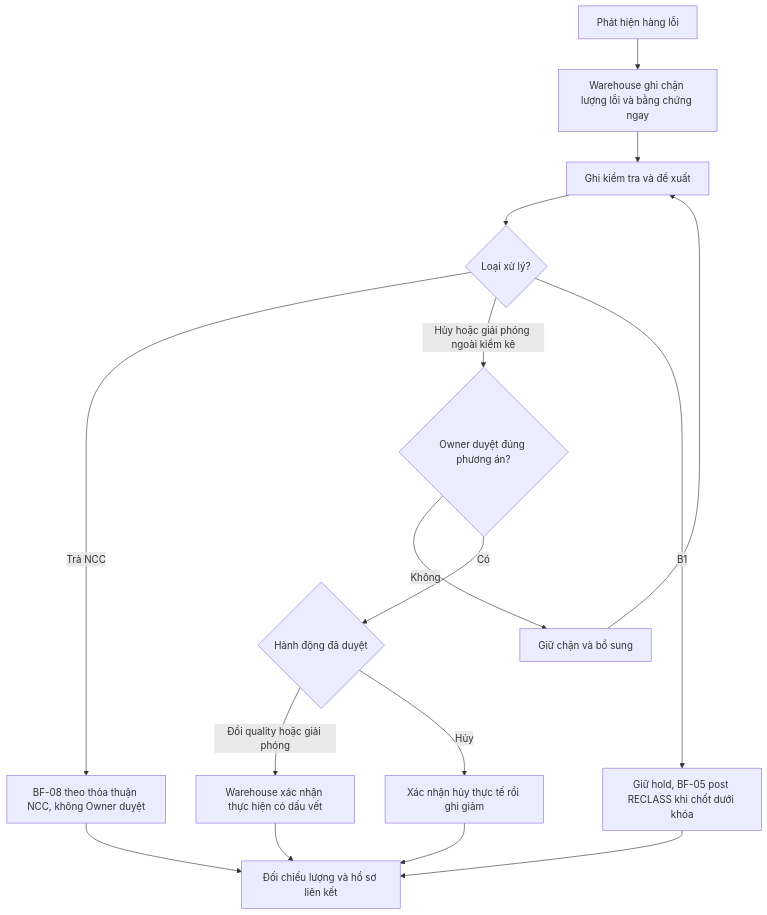
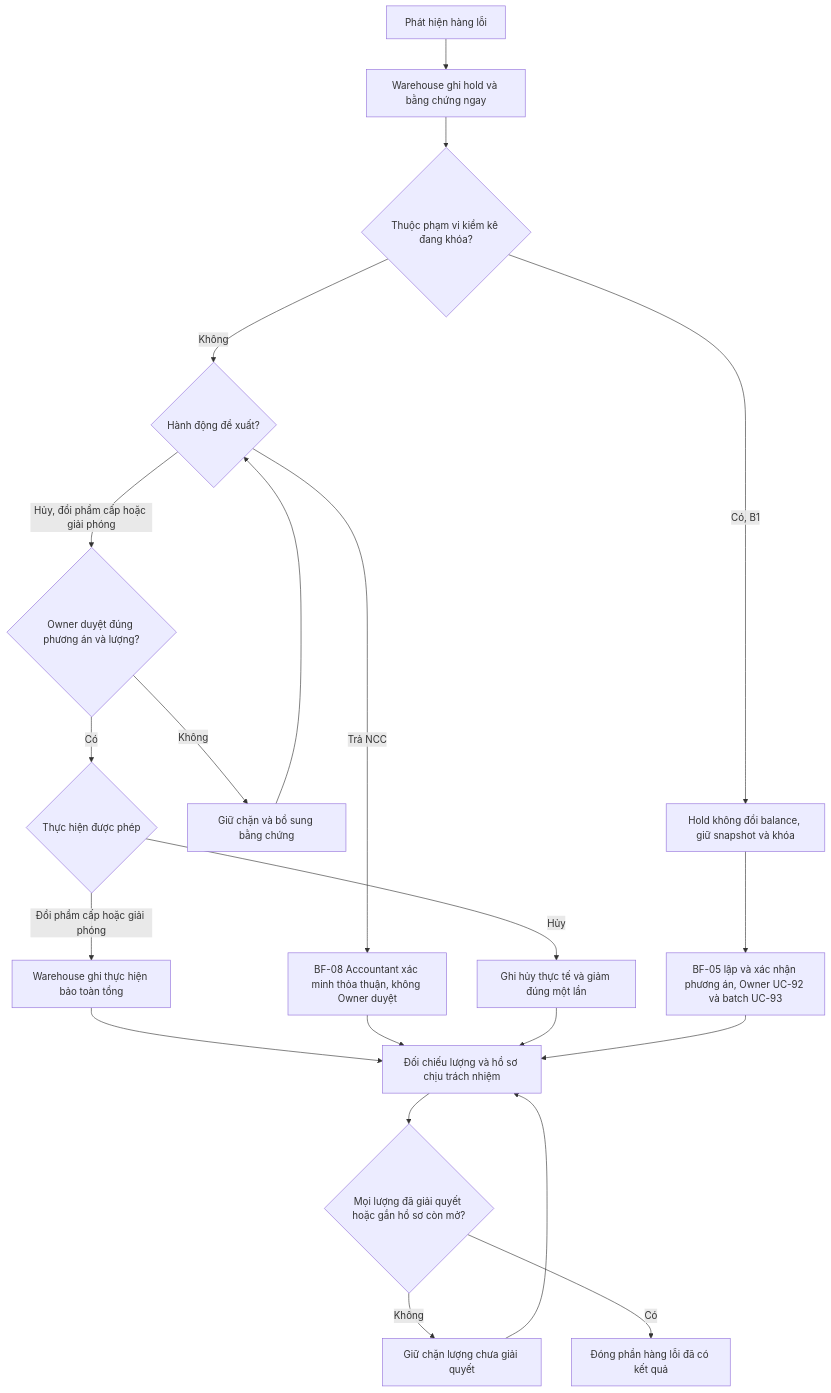
One commit to minhbach032003/docs_doan changed the third of 9 diagrams in docs/02_nghiep_vu/de_xuat_quy_trinh_2_VI.md. Above: the diagram before and after it, drawn with Mermaid. The commit also changed other lines of this file and 25 other files, not shown here.

````diff
--- a/docs/02_nghiep_vu/de_xuat_quy_trinh_2_VI.md
+++ b/docs/02_nghiep_vu/de_xuat_quy_trinh_2_VI.md
@@ -690,18 +698,24 @@
 ```mermaid
+%% WMSD business baseline 3.1.0 - synchronized 2026-10-25
 flowchart TD
- A[Phát hiện hàng lỗi] --> B[Warehouse ghi chặn lượng lỗi và bằng chứng ngay]
- B --> C[Ghi kiểm tra và đề xuất]
- C --> X{Loại xử lý?}
- X -->|Trả NCC| H[BF-08 theo thỏa thuận NCC, không Owner duyệt]
- X -->|Hủy hoặc giải phóng ngoài kiểm kê| D{Owner duyệt đúng phương án?}
- D -->|Không| E[Giữ chặn và bổ sung]
- E --> C
- D -->|Có| F{Hành động đã duyệt}
- F -->|Đổi quality hoặc giải phóng| G[Warehouse xác nhận thực hiện có dấu vết]
- F -->|Hủy| I[Xác nhận hủy thực tế rồi ghi giảm]
- X -->|B1| K[Giữ hold, BF-05 post RECLASS khi chốt dưới khóa]
- G --> J[Đối chiếu lượng và hồ sơ liên kết]
+ A[Phát hiện hàng lỗi] --> B[Warehouse ghi hold và bằng chứng ngay]
+ B --> C{Thuộc phạm vi kiểm kê đang khóa?}
+ C -->|Có, B1| K[Hold không đổi balance, giữ snapshot và khóa]
+ K --> K2[BF-05 lập và xác nhận phương án, Owner UC-92 và batch UC-93]
+ C -->|Không| X{Hành động đề xuất?}
+ X -->|Trả NCC| H[BF-08 Accountant xác minh thỏa thuận, không Owner duyệt]
+ X -->|Hủy, đổi phẩm cấp hoặc giải phóng| D{Owner duyệt đúng phương án và lượng?}
+ D -->|Không| E[Giữ chặn và bổ sung bằng chứng]
+ E --> X
+ D -->|Có| F{Thực hiện được phép}
+ F -->|Đổi phẩm cấp hoặc giải phóng| G[Warehouse ghi thực hiện bảo toàn tổng]
+ F -->|Hủy| I[Ghi hủy thực tế và giảm đúng một lần]
+ G --> J[Đối chiếu lượng và hồ sơ chịu trách nhiệm]
  H --> J
  I --> J
- K --> J
+ K2 --> J
+ J --> R{Mọi lượng đã giải quyết hoặc gắn hồ sơ còn mở?}
+ R -->|Không| W[Giữ chặn lượng chưa giải quyết]
+ W --> J
+ R -->|Có| Z[Đóng phần hàng lỗi đã có kết quả]
 ```
````
